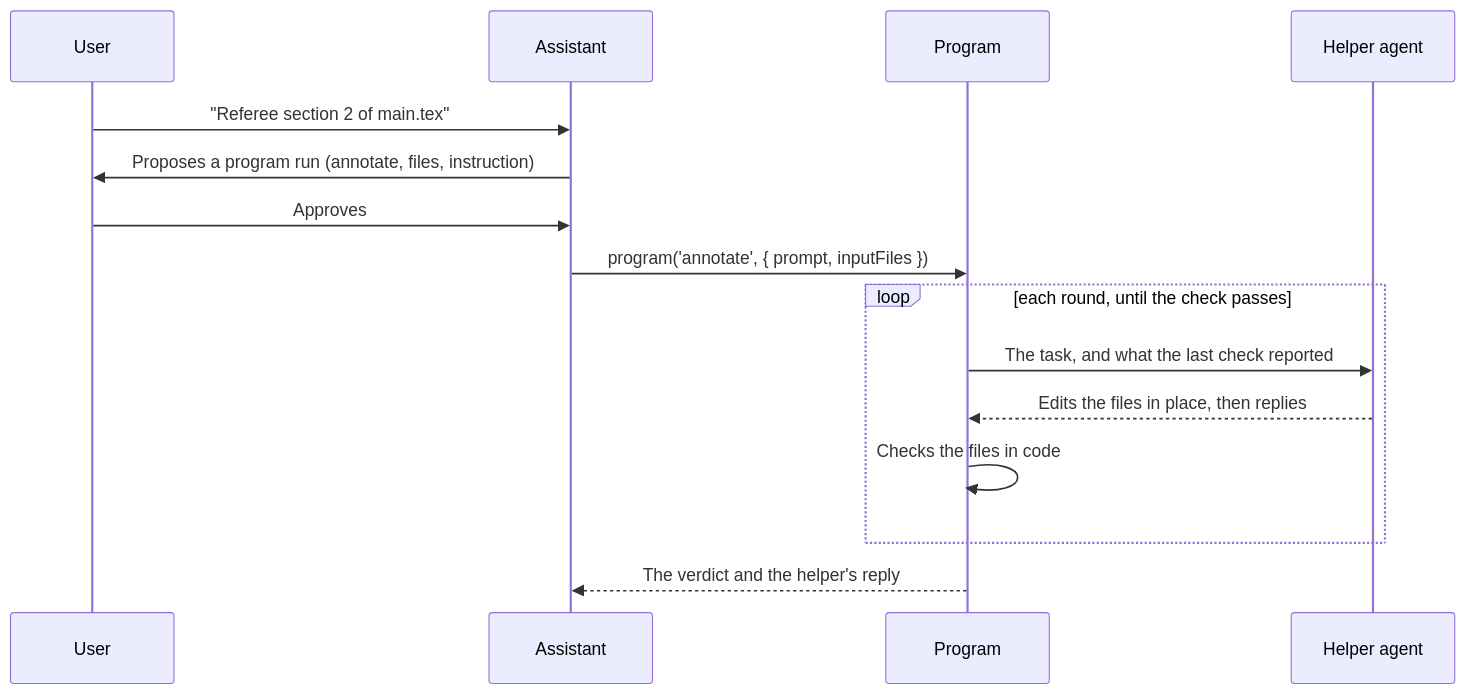
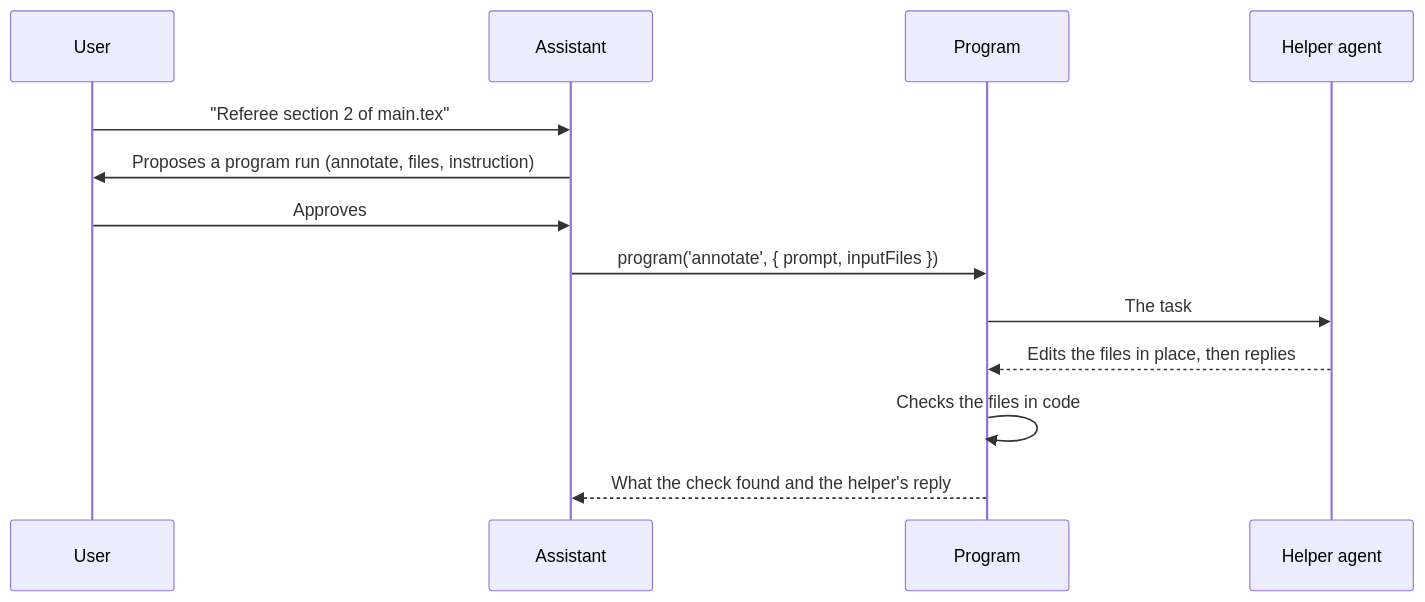
The diagram in docs/guide/agent-architecture.md (LionSR/TeXRA), drawn with Mermaid before and after one commit. The commit also changed other lines of this file and 12 other files, not shown here.

````diff
--- a/docs/guide/agent-architecture.md
+++ b/docs/guide/agent-architecture.md
@@ -15,18 +15,16 @@
 ```mermaid
 sequenceDiagram
     participant User
     participant Assistant
     participant Program
     participant Helper agent
 
     User->>Assistant: "Referee section 2 of main.tex"
     Assistant->>User: Proposes a program run (annotate, files, instruction)
     User->>Assistant: Approves
     Assistant->>Program: program('annotate', { prompt, inputFiles })
-    loop each round, until the check passes
-        Program->>Helper agent: The task, and what the last check reported
-        Helper agent-->>Program: Edits the files in place, then replies
-        Program->>Program: Checks the files in code
-    end
-    Program-->>Assistant: The verdict and the helper's reply
+    Program->>Helper agent: The task
+    Helper agent-->>Program: Edits the files in place, then replies
+    Program->>Program: Checks the files in code
+    Program-->>Assistant: What the check found and the helper's reply
 ```
````
